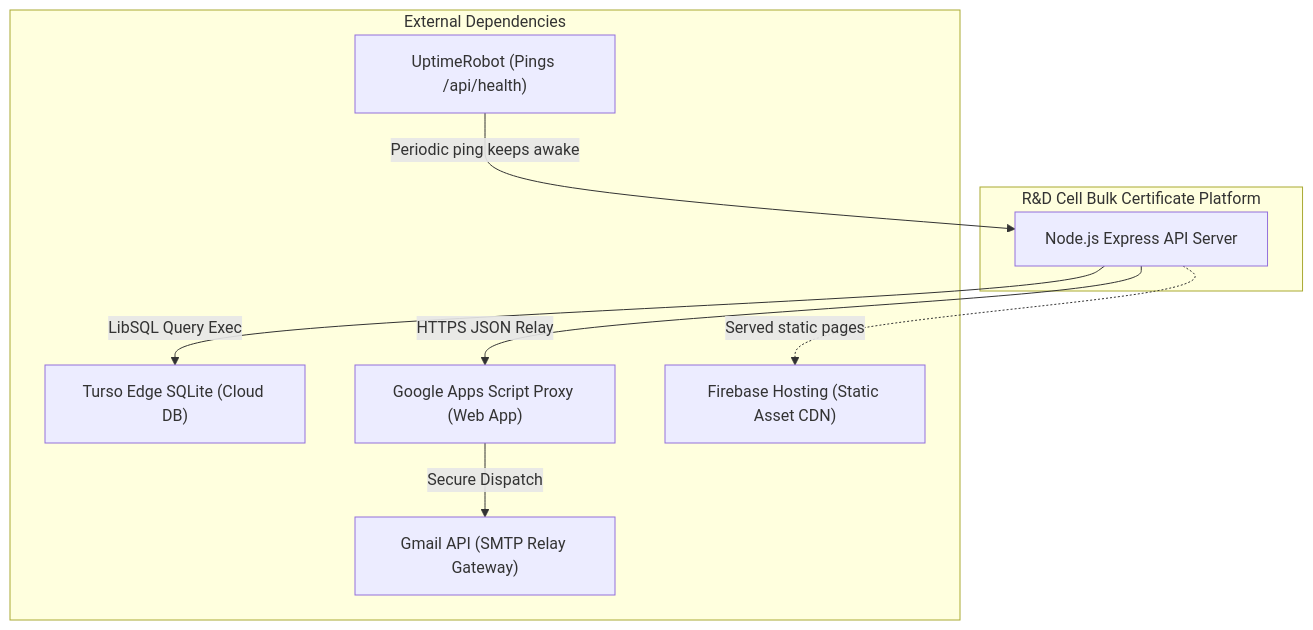
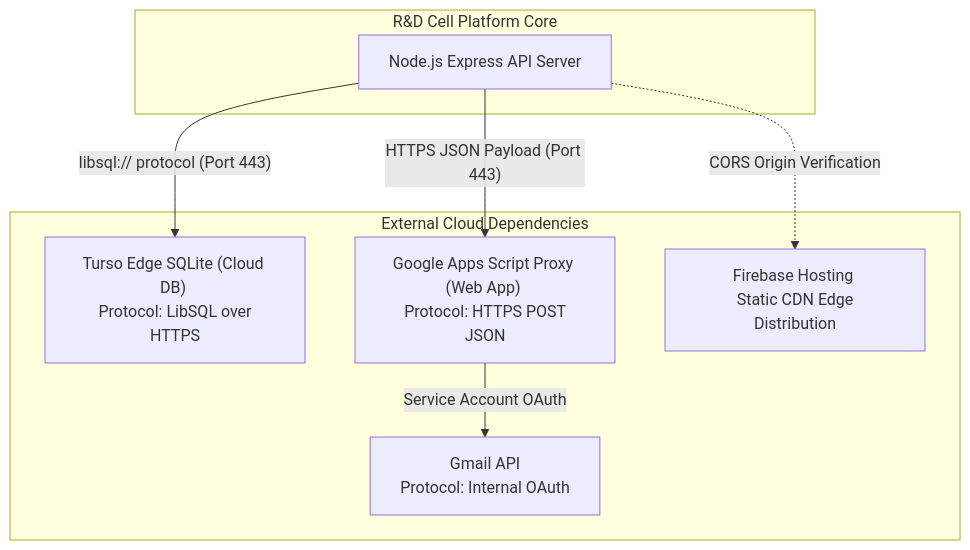
Diagram 16 of 26 in README.md (saicharan-bhuthkuri/rd), drawn with Mermaid before and after one commit. The commit also changed other lines of this file and 1 other file, not shown here.

Commit message:
docs: complete overhaul of README with 26 verified diagrams, 16-table ER schema, and Table of Figures

````diff
--- a/README.md
+++ b/README.md
@@ -700,20 +966,18 @@
 ```mermaid
 graph TD
-    subgraph "R&D Cell Bulk Certificate Platform"
+    subgraph "R&D Cell Platform Core"
         App[Node.js Express API Server]
     end
 
-    subgraph "External Dependencies"
-        Turso["Turso Edge SQLite (Cloud DB)"]
-        AppsScript["Google Apps Script Proxy (Web App)"]
-        GmailAPI["Gmail API (SMTP Relay Gateway)"]
-        Firebase["Firebase Hosting (Static Asset CDN)"]
-        UptimeRobot["UptimeRobot (Pings /api/health)"]
+    subgraph "External Cloud Dependencies"
+        Turso["Turso Edge SQLite (Cloud DB) <br/> Protocol: LibSQL over HTTPS"]
+        AppsScript["Google Apps Script Proxy (Web App) <br/> Protocol: HTTPS POST JSON"]
+        Gmail["Gmail API <br/> Protocol: Internal OAuth"]
+        Firebase["Firebase Hosting <br/> Static CDN Edge Distribution"]
     end
 
-    App -->|"LibSQL Query Exec"| Turso
-    App -->|"HTTPS JSON Relay"| AppsScript
-    AppsScript -->|"Secure Dispatch"| GmailAPI
-    App -.->|"Served static pages"| Firebase
-    UptimeRobot -->|"Periodic ping keeps awake"| App
+    App -->|"libsql:// protocol (Port 443)"| Turso
+    App -->|"HTTPS JSON Payload (Port 443)"| AppsScript
+    AppsScript -->|"Service Account OAuth"| Gmail
+    App -.->|"CORS Origin Verification"| Firebase
 ```
````
